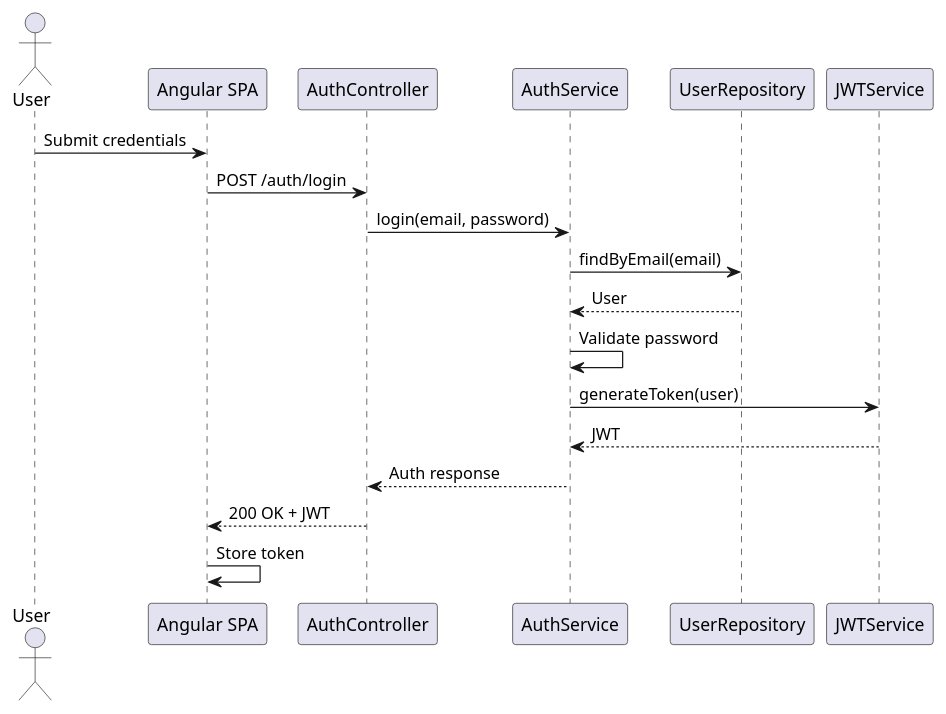
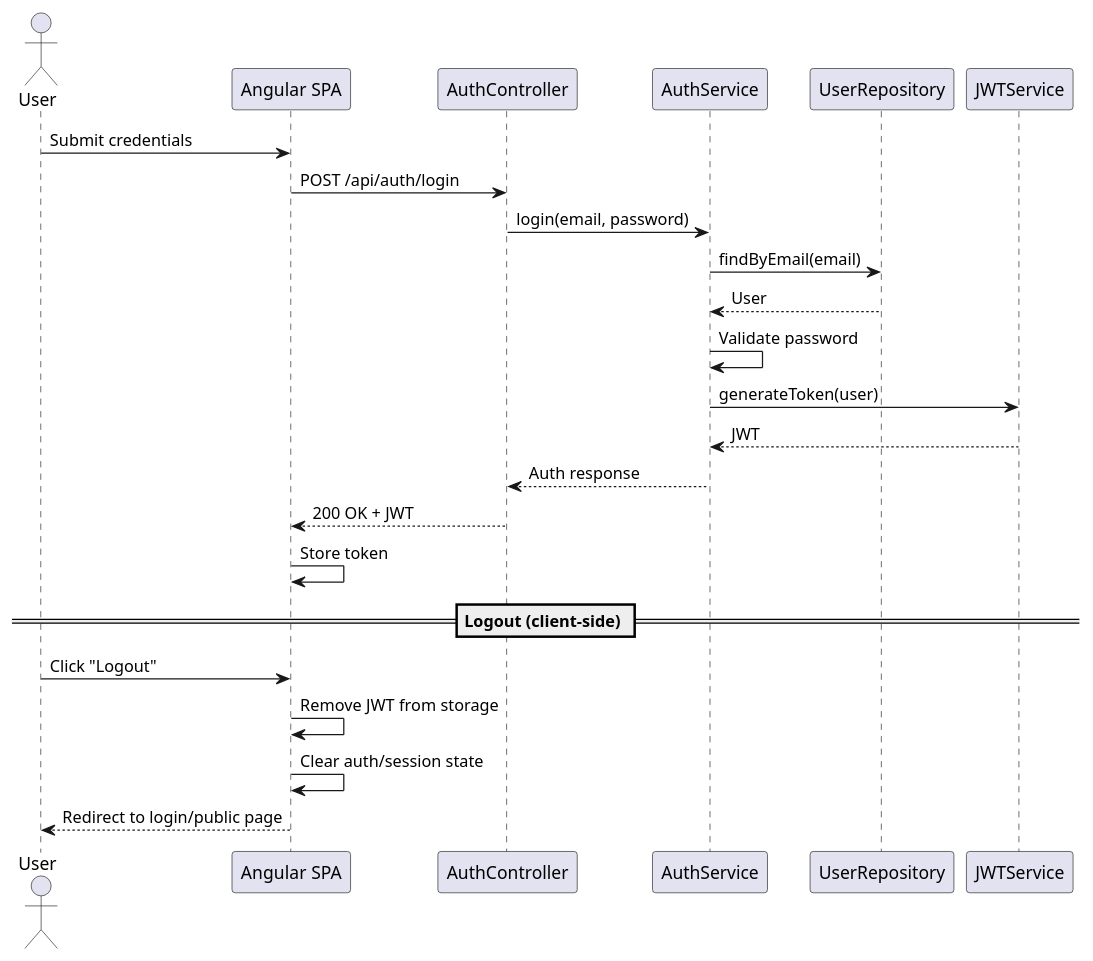
The diagram in docs/uml/sequence/login-sequence.puml (savychev/intec-ep-linguacards), drawn with PlantUML before and after one commit. The commit also changed 2 other files, not shown here.

Commit message:
docs: align API analysis and sequences with current routes

```diff
--- a/docs/uml/sequence/login-sequence.puml
+++ b/docs/uml/sequence/login-sequence.puml
@@ -1,21 +1,27 @@
 @startuml
 actor User
 participant "Angular SPA" as Angular
 participant "AuthController" as AuthController
 participant "AuthService" as AuthService
 participant "UserRepository" as UserRepository
 participant "JWTService" as JWTService
 
 User -> Angular: Submit credentials
-Angular -> AuthController: POST /auth/login
+Angular -> AuthController: POST /api/auth/login
 AuthController -> AuthService: login(email, password)
 AuthService -> UserRepository: findByEmail(email)
 UserRepository --> AuthService: User
 AuthService -> AuthService: Validate password
 AuthService -> JWTService: generateToken(user)
 JWTService --> AuthService: JWT
 AuthService --> AuthController: Auth response
 AuthController --> Angular: 200 OK + JWT
 Angular -> Angular: Store token
 
+== Logout (client-side) ==
+User -> Angular: Click "Logout"
+Angular -> Angular: Remove JWT from storage
+Angular -> Angular: Clear auth/session state
+Angular --> User: Redirect to login/public page
+
 @enduml
```
